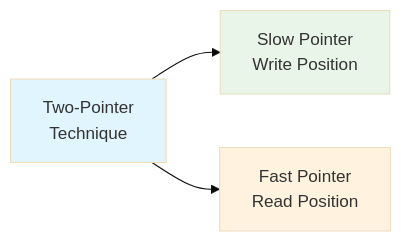
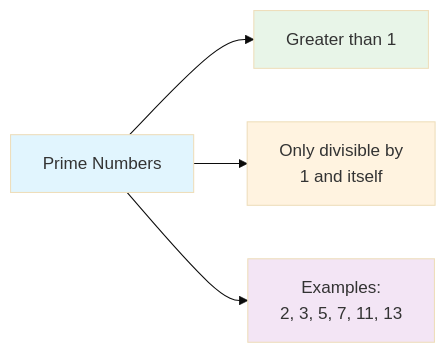
Before and after one commit to LuckyLongre123/README_RUNNER: the first of 13 diagrams in README.md, drawn with Mermaid (base theme). The commit also changed other lines of this file, not shown here.

````diff
--- a/README.md
+++ b/README.md
@@ -45,9 +39,11 @@
 ```mermaid
 flowchart LR
-    A["Two-Pointer<br/>Technique"] --> B["Slow Pointer<br/>Write Position"]
-    A --> C["Fast Pointer<br/>Read Position"]
+    A[Prime Numbers] --> B[Greater than 1]
+    A --> C[Only divisible by<br/>1 and itself]
+    A --> D[Examples:<br/>2, 3, 5, 7, 11, 13]
     
     style A fill:#e1f5fe
     style B fill:#e8f5e8
     style C fill:#fff3e0
+    style D fill:#f3e5f5
 ```
````
